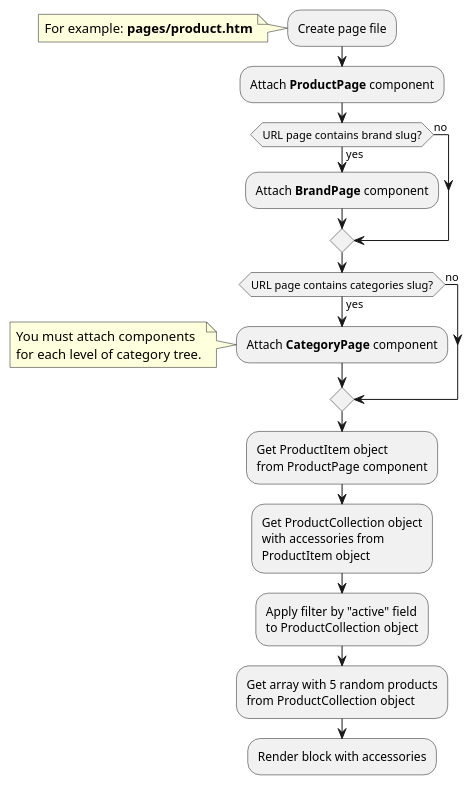
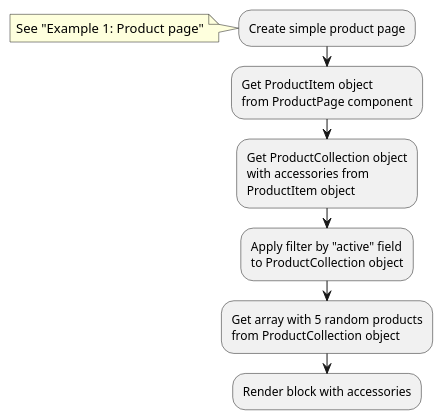
One commit to oc-shopaholic/oc-shopaholic-docs changed the third of 3 diagrams in modules/product/examples/examples.md. Above: the diagram before and after it, drawn with PlantUML. The commit also changed other lines of this file and 34 other files, not shown here.

````diff
--- a/modules/product/examples/examples.md
+++ b/modules/product/examples/examples.md
@@ -326,31 +351,18 @@
 ```plantuml
 @startuml
-:Create page file;
+:Create simple product page;
 note left
-    For example: **pages/product.htm**
+    See "Example 1: Product page"
 end note
-:Attach **ProductPage** component;
-if (URL page contains brand slug?) then (yes)
-    :Attach **BrandPage** component;
-else (no)
-endif
-if (URL page contains categories slug?) then (yes)
-    :Attach **CategoryPage** component;
-    note left
-        You must attach components
-        for each level of category tree.
-    end note
-else (no)
-endif
 :Get ProductItem object
 from ProductPage component;
 :Get ProductCollection object
 with accessories from
 ProductItem object;
 :Apply filter by "active" field
 to ProductCollection object;
 :Get array with 5 random products
 from ProductCollection object;
 :Render block with accessories;
 @enduml
 ```
````
